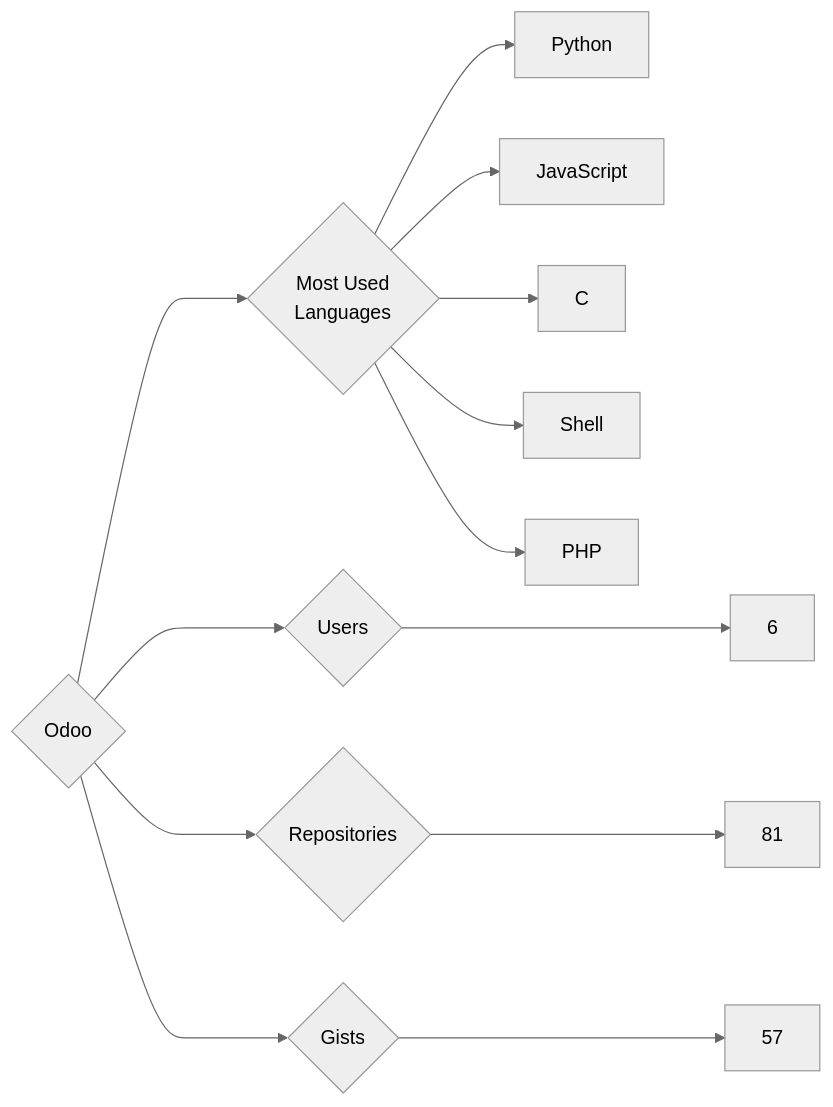
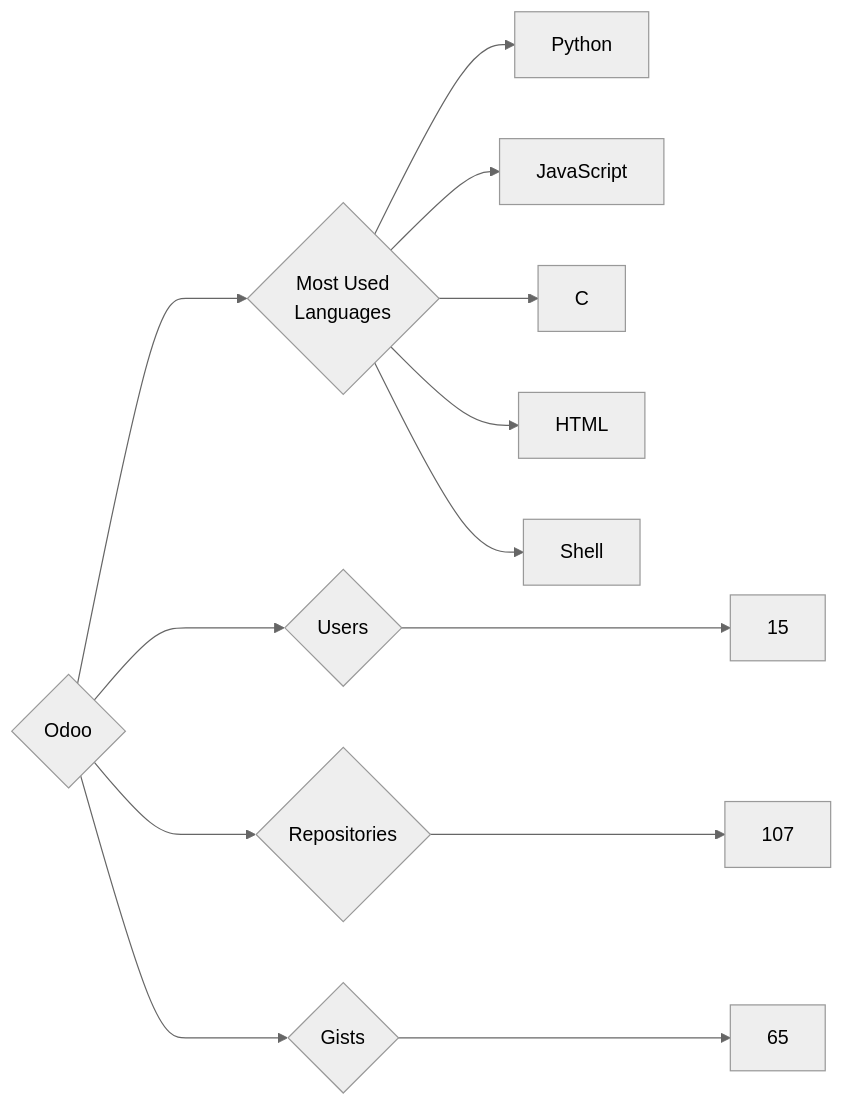
The diagram in targets/Odoo/README.md (trickest/insiders), drawn with Mermaid (neutral theme) before and after one commit. The commit also changed 787 other files, not shown here.

````diff
--- a/targets/Odoo/README.md
+++ b/targets/Odoo/README.md
@@ -3,13 +3,13 @@
 ```mermaid
 graph LR
 COMPANY_NAME{Odoo}
-COMPANY_NAME ---> U{Users} ---> UN[6]
-COMPANY_NAME ---> R{Repositories} ---> RN[81]
-COMPANY_NAME ---> G{Gists} ---> GN[57]
+COMPANY_NAME ---> U{Users} ---> UN[15]
+COMPANY_NAME ---> R{Repositories} ---> RN[107]
+COMPANY_NAME ---> G{Gists} ---> GN[65]
 COMPANY_NAME ---> ML{Most Used<br>Languages}
 ML --> Python[Python]
 ML --> JavaScript[JavaScript]
 ML --> C[C]
+ML --> HTML[HTML]
 ML --> Shell[Shell]
-ML --> PHP[PHP]
 ```
````
